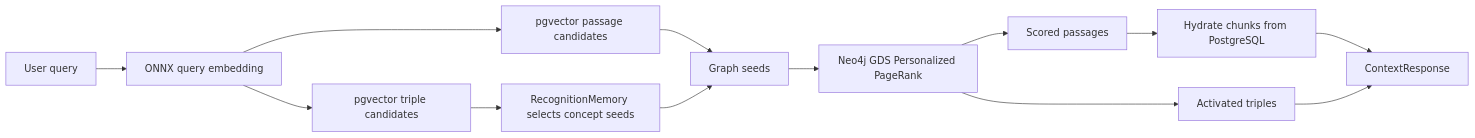
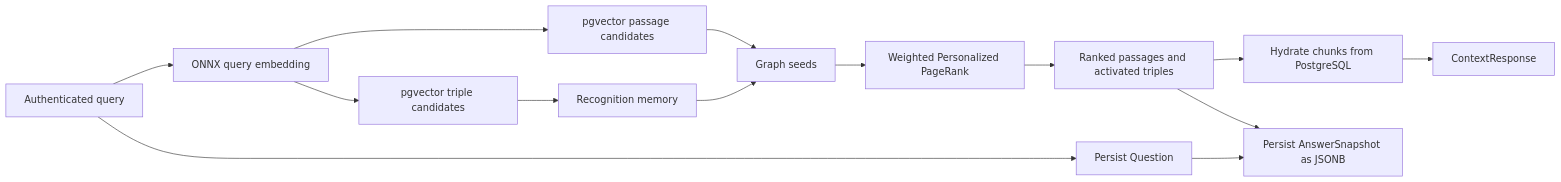
One commit to Luca5Eckert/Kairos changed the third of 4 diagrams in README.md. Above: the diagram before and after it, drawn with Mermaid. The commit also changed other lines of this file and 1 other file, not shown here.

````diff
--- a/README.md
+++ b/README.md
@@ -220,15 +192,16 @@
 ```mermaid
 flowchart LR
-    query["User query"] --> embed["ONNX query embedding"]
-    embed --> passageSearch["pgvector passage candidates"]
-    embed --> tripleSearch["pgvector triple candidates"]
-    tripleSearch --> recog["RecognitionMemory selects concept seeds"]
-    passageSearch --> seeds["Graph seeds"]
-    recog --> seeds
-    seeds --> ppr["Neo4j GDS Personalized PageRank"]
-    ppr --> scored["Scored passages"]
-    ppr --> triples["Activated triples"]
-    scored --> hydrate["Hydrate chunks from PostgreSQL"]
-    hydrate --> response["ContextResponse"]
-    triples --> response
+    query[Authenticated query] --> embedding[ONNX query embedding]
+    embedding --> passageCandidates[pgvector passage candidates]
+    embedding --> tripleCandidates[pgvector triple candidates]
+    tripleCandidates --> recognition[Recognition memory]
+    passageCandidates --> seeds[Graph seeds]
+    recognition --> seeds
+    seeds --> ppr[Weighted Personalized PageRank]
+    ppr --> ranked[Ranked passages and activated triples]
+    ranked --> hydrate[Hydrate chunks from PostgreSQL]
+    hydrate --> response[ContextResponse]
+    query --> question[Persist Question]
+    ranked --> snapshot[Persist AnswerSnapshot as JSONB]
+    question --> snapshot
 ```
````
